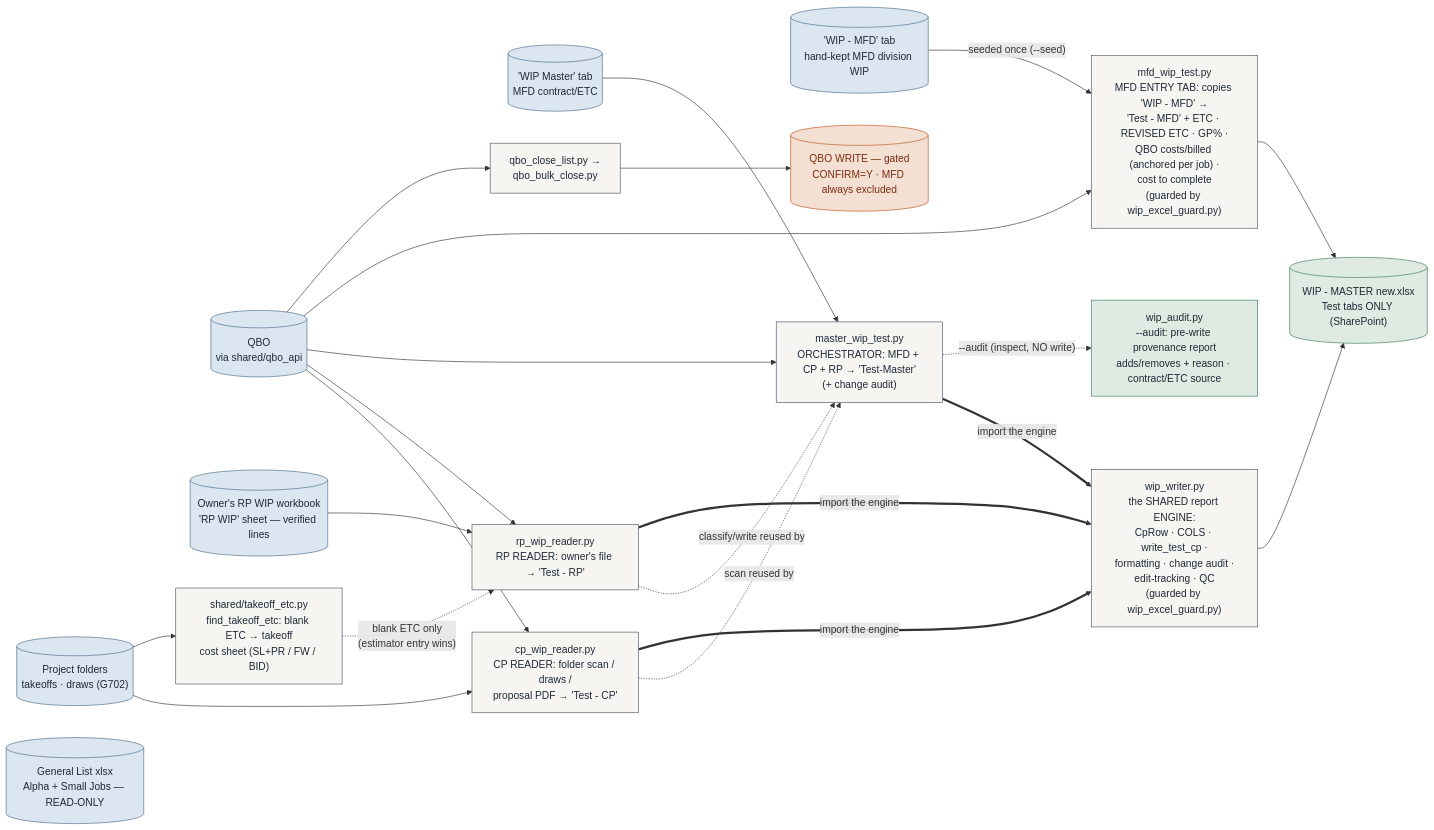
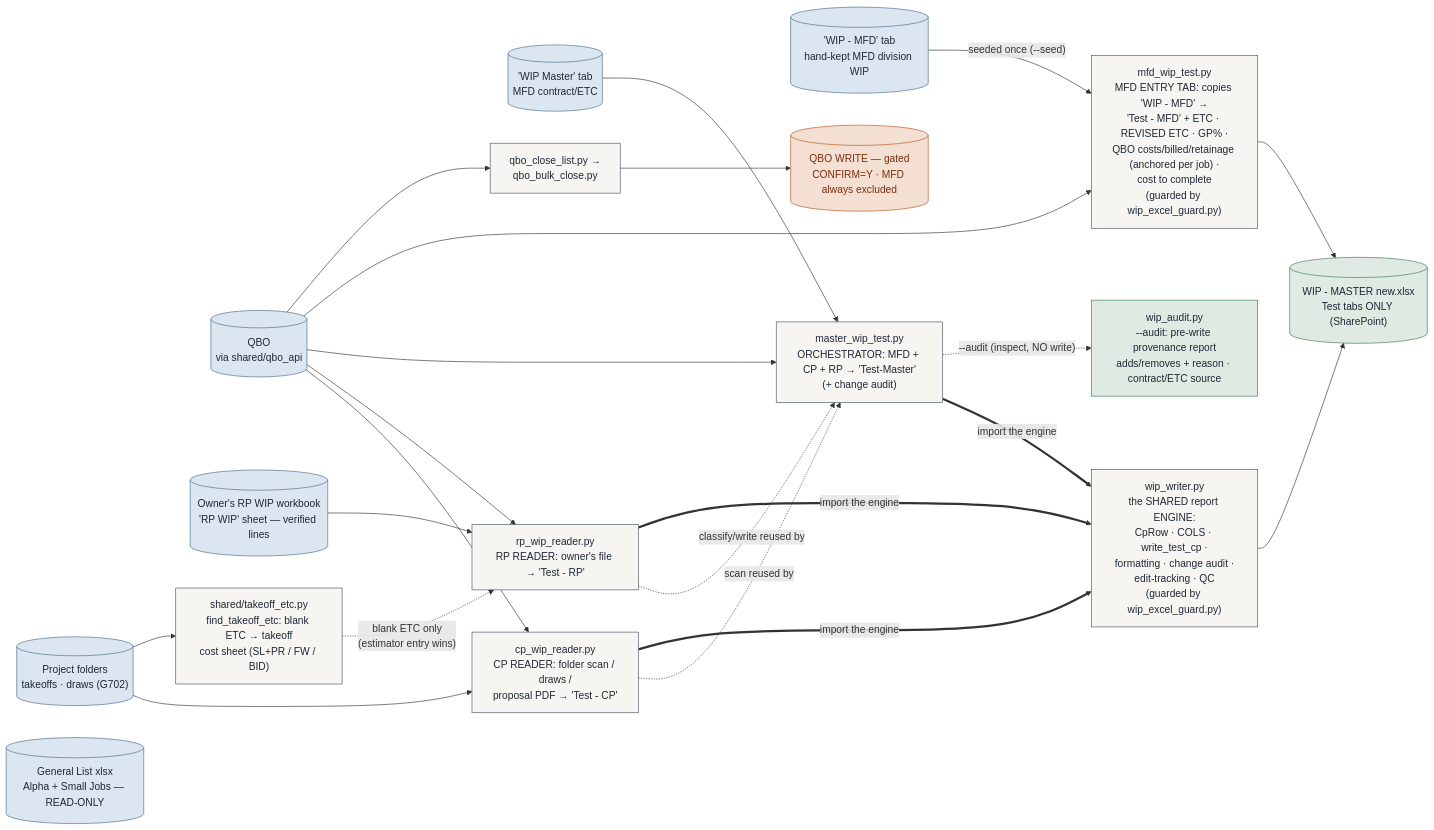
The third of 6 diagrams in docs/ARCHITECTURE.md (Ecarlo-Proficient/Claude-Report), drawn with Mermaid before and after one commit. The commit also changed other lines of this file and 2 other files, not shown here.

First line of the commit message:
wip: Test - MFD entry tab - ETC/revised ETC/GP% + QBO costs, billed, retainage

````diff
--- a/docs/ARCHITECTURE.md
+++ b/docs/ARCHITECTURE.md
@@ -266,40 +266,40 @@
 ```mermaid
 flowchart LR
     classDef src fill:#dbe6f0,stroke:#4A6B8A,color:#1f2937
     classDef tool fill:#f6f5f1,stroke:#4b5563,color:#1f2937
     classDef out fill:#dfeae2,stroke:#3E7A5C,color:#1f2937
     classDef gate fill:#f3e0d3,stroke:#B9541E,color:#7c2d12
 
     FOLDERS[("Project folders\ntakeoffs · draws (G702)")]:::src
     GL[("General List xlsx\nAlpha + Small Jobs — READ-ONLY")]:::src
     QBO[("QBO\nvia shared/qbo_api")]:::src
     RPFIX[("Owner's RP WIP workbook\n'RP WIP' sheet — verified lines")]:::src
     WMTAB[("'WIP Master' tab\nMFD contract/ETC")]:::src
     MFDTAB[("'WIP - MFD' tab\nhand-kept MFD division WIP")]:::src
     TKETC["shared/takeoff_etc.py\nfind_takeoff_etc: blank ETC → takeoff\ncost sheet (SL+PR / FW / BID)"]:::tool
 
     ENGINE["wip_writer.py\nthe SHARED report ENGINE:\nCpRow · COLS · write_test_cp ·\nformatting · change audit ·\nedit-tracking · QC\n(guarded by wip_excel_guard.py)"]:::tool
     CPR["cp_wip_reader.py\nCP READER: folder scan / draws /\nproposal PDF → 'Test - CP'"]:::tool
     RPR["rp_wip_reader.py\nRP READER: owner's file → 'Test - RP'"]:::tool
     MASTER["master_wip_test.py\nORCHESTRATOR: MFD + CP + RP → 'Test-Master'\n(+ change audit)"]:::tool
     TEST[("WIP - MASTER new.xlsx\nTest tabs ONLY (SharePoint)")]:::out
-    MFDT["mfd_wip_test.py\nMFD ENTRY TAB: copies 'WIP - MFD' →\n'Test - MFD' + ETC · REVISED ETC · GP% ·\nQBO costs/billed (anchored per job) ·\ncost to complete\n(guarded by wip_excel_guard.py)"]:::tool
+    MFDT["mfd_wip_test.py\nMFD ENTRY TAB: copies 'WIP - MFD' →\n'Test - MFD' + ETC · REVISED ETC · GP% ·\nQBO costs/billed/retainage (anchored per job) ·\ncost to complete\n(guarded by wip_excel_guard.py)"]:::tool
     CLOSE["qbo_close_list.py →\nqbo_bulk_close.py"]:::tool
     QW[("QBO WRITE — gated\nCONFIRM=Y · MFD always excluded")]:::gate
 
     FOLDERS --> CPR
     RPFIX --> RPR
     FOLDERS --> TKETC
     TKETC -.->|"blank ETC only\n(estimator entry wins)"| RPR
     QBO --> CPR & RPR & MASTER & MFDT
     WMTAB --> MASTER
     MFDTAB -->|"seeded once (--seed)"| MFDT
     MFDT --> TEST
     CPR -.->|"scan reused by"| MASTER
     RPR -.->|"classify/write reused by"| MASTER
     CPR & RPR & MASTER ==>|"import the engine"| ENGINE
     ENGINE --> TEST
     AUDIT["wip_audit.py\n--audit: pre-write provenance report\nadds/removes + reason · contract/ETC source"]:::out
     MASTER -.->|"--audit (inspect, NO write)"| AUDIT
     QBO --> CLOSE --> QW
 ```
````
